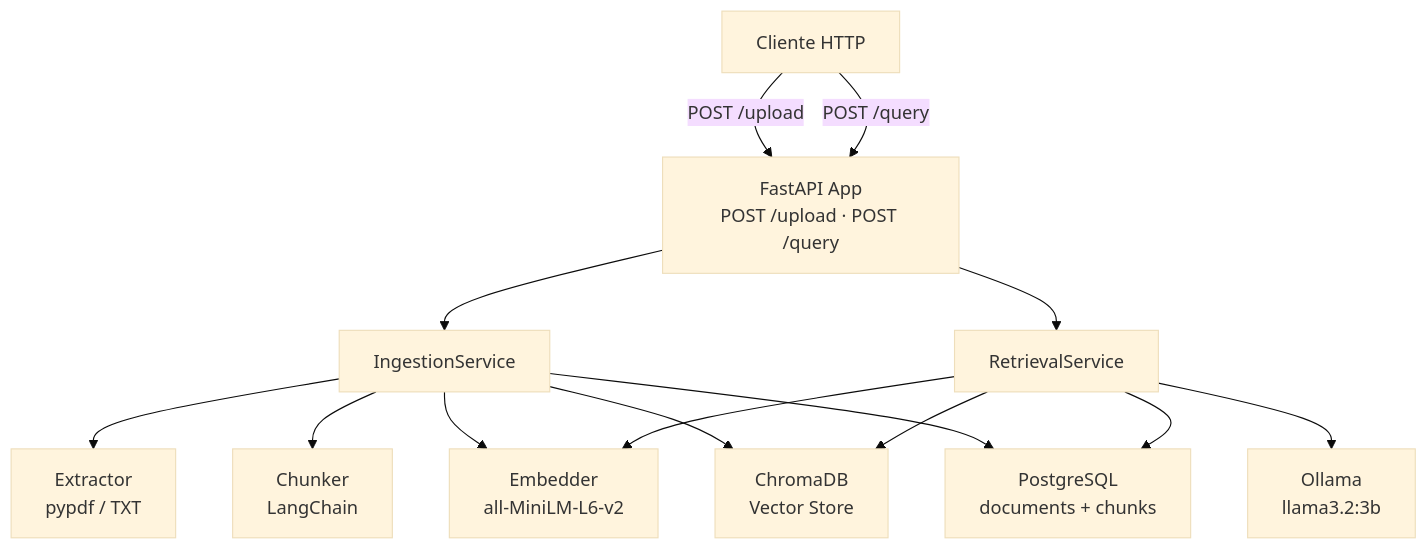
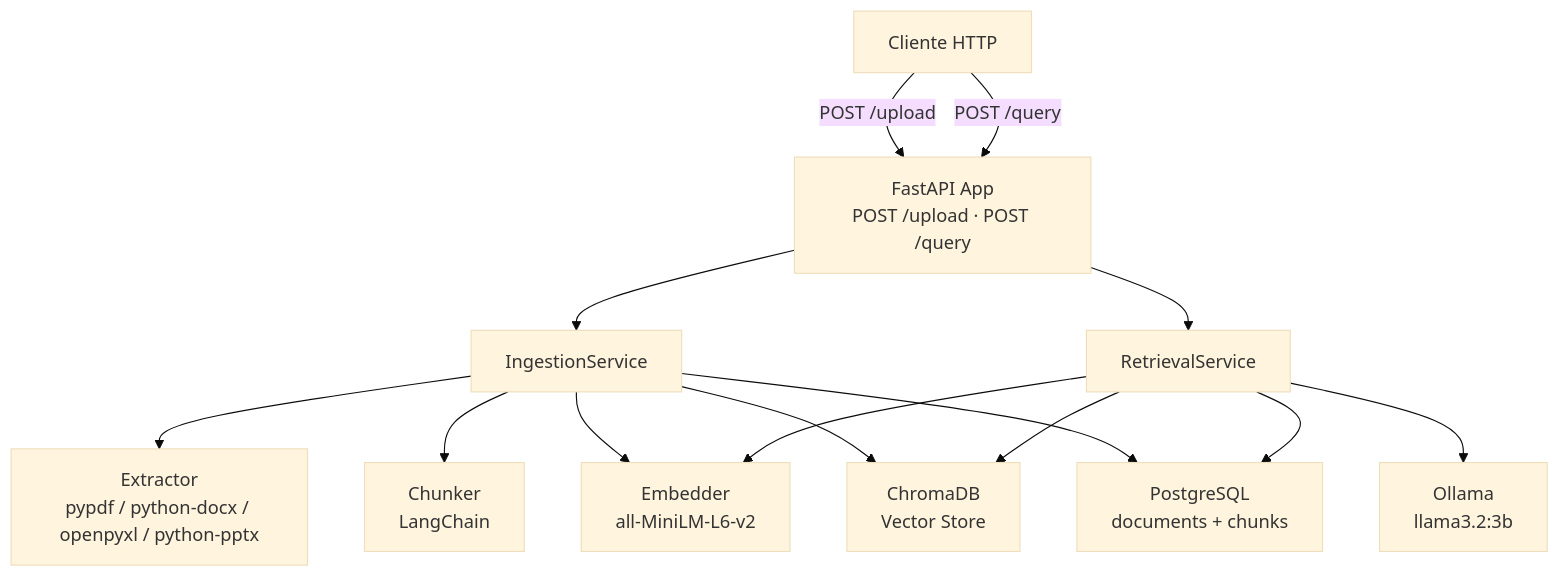
Before and after one commit to cristian0193/rag-documents-api: the first of 7 diagrams in ARCHITECTURE.md, drawn with Mermaid (base theme). The commit also changed other lines of this file and 9 other files, not shown here.

First line of the commit message:
feat: add Office Open XML document support (DOCX, XLSX, PPTX)

````diff
--- a/ARCHITECTURE.md
+++ b/ARCHITECTURE.md
@@ -25,27 +25,27 @@
 ```mermaid
 graph TD
     Client["Cliente HTTP"]
     FastAPI["FastAPI App\nPOST /upload · POST /query"]
     Ingestion["IngestionService"]
     Retrieval["RetrievalService"]
-    Extractor["Extractor\npypdf / TXT"]
+    Extractor["Extractor\npypdf / python-docx / openpyxl / python-pptx"]
     Chunker["Chunker\nLangChain"]
     Embedder["Embedder\nall-MiniLM-L6-v2"]
     ChromaDB["ChromaDB\nVector Store"]
     Ollama["Ollama\nllama3.2:3b"]
     PostgreSQL["PostgreSQL\ndocuments + chunks"]
 
     Client -->|POST /upload| FastAPI
     Client -->|POST /query| FastAPI
     FastAPI --> Ingestion
     FastAPI --> Retrieval
     Ingestion --> Extractor
     Ingestion --> Chunker
     Ingestion --> Embedder
     Ingestion --> ChromaDB
     Ingestion --> PostgreSQL
     Retrieval --> Embedder
     Retrieval --> ChromaDB
     Retrieval --> PostgreSQL
     Retrieval --> Ollama
 ```
````
